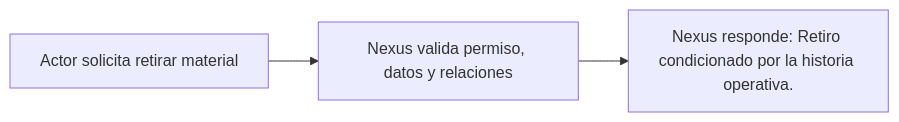
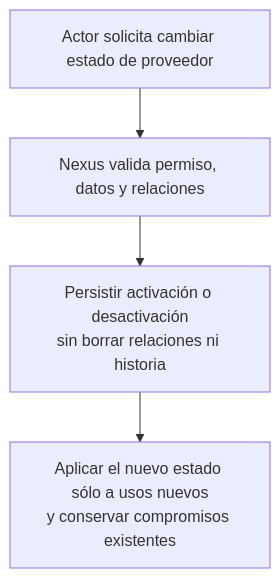
Before and after one commit to gpgsistemas01/nexus: the diagram in docs/requirements/diagrams/catalogs/cu-cat-04.md, drawn with Mermaid. The commit also changed other lines of this file and 287 other files, not shown here.

````diff
--- a/docs/requirements/diagrams/catalogs/cu-cat-04.md
+++ b/docs/requirements/diagrams/catalogs/cu-cat-04.md
@@ -3,5 +3,6 @@
 ```mermaid
-flowchart LR
-    request["Actor solicita retirar material"] --> validate["Nexus valida permiso, datos y relaciones"]
-    validate --> result["Nexus responde: Retiro condicionado por la historia operativa."]
+flowchart TD
+    request["Actor solicita cambiar estado de proveedor"] --> validate["Nexus valida permiso, datos y relaciones"]
+    validate --> result["Persistir activación o desactivación<br/>sin borrar relaciones ni historia"]
+    result --> boundary["Aplicar el nuevo estado sólo a usos nuevos<br/>y conservar compromisos existentes"]
 ```
````
